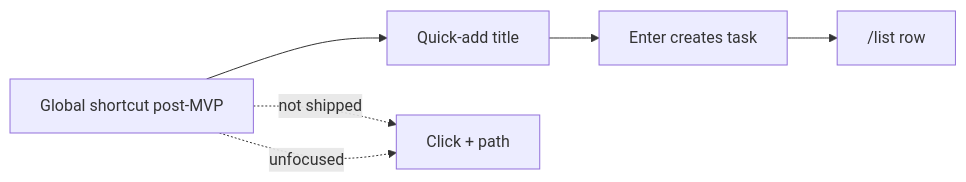
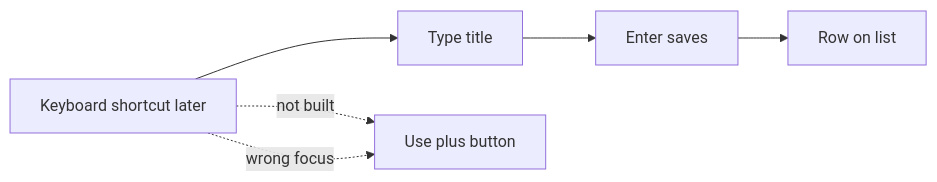
Before and after one commit to wildan-png/todoAppWorkflow-design: the sixth of 28 diagrams in research/user-journeys.md, drawn with Mermaid. The commit also changed other lines of this file, not shown here.

First line of the commit message:
docs: humanize user journey copy (Part A, steps, diagrams)

````diff
--- a/research/user-journeys.md
+++ b/research/user-journeys.md
@@ -262,8 +262,8 @@
 ```mermaid
 flowchart LR
-  K[Global shortcut post-MVP] --> Q[Quick-add title]
-  Q --> E[Enter creates task]
-  E --> L["/list row"]
-  K -.->|not shipped| P[Click + path]
-  K -.->|unfocused| P
+  K[Keyboard shortcut later] --> Q[Type title]
+  Q --> E[Enter saves]
+  E --> L[Row on list]
+  K -.->|not built| P[Use plus button]
+  K -.->|wrong focus| P
 ```
````
